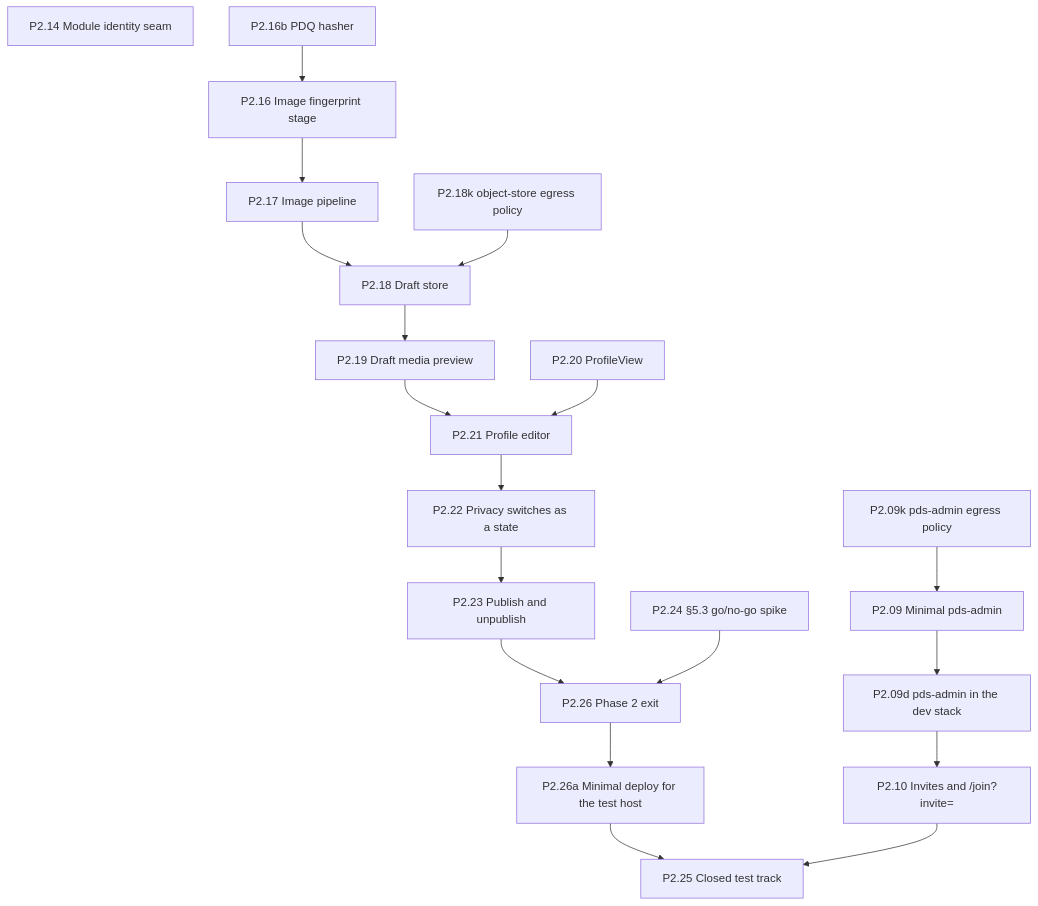
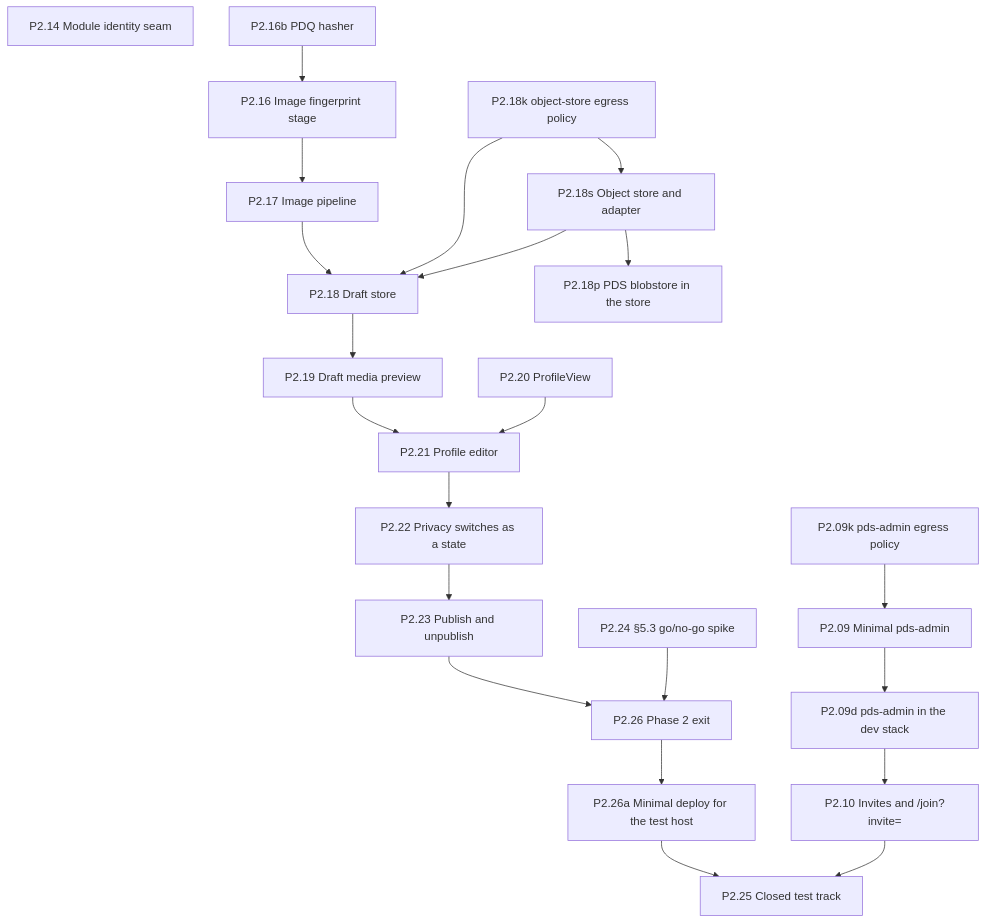
One commit to Undefined6799/unset changed the fifth of 11 diagrams in docs/ai/book/01-outline.md. Above: the diagram before and after it, drawn with Mermaid. The commit also changed other lines of this file and 4 other files, not shown here.

First line of the commit message:
P0.01 ADR 0041: Object store for app media and PDS blobs

````diff
--- a/docs/ai/book/01-outline.md
+++ b/docs/ai/book/01-outline.md
@@ -1582,39 +1584,44 @@
 ```mermaid
 flowchart TD
   P2_09["P2.09 Minimal pds-admin"]
   P2_09d["P2.09d pds-admin in the dev stack"]
   P2_09k["P2.09k pds-admin egress policy"]
   P2_10["P2.10 Invites and /join?invite="]
   P2_14["P2.14 Module identity seam"]
   P2_16b["P2.16b PDQ hasher"]
   P2_16["P2.16 Image fingerprint stage"]
   P2_17["P2.17 Image pipeline"]
   P2_18["P2.18 Draft store"]
   P2_18k["P2.18k object-store egress policy"]
+  P2_18s["P2.18s Object store and adapter"]
+  P2_18p["P2.18p PDS blobstore in the store"]
   P2_19["P2.19 Draft media preview"]
   P2_20["P2.20 ProfileView"]
   P2_21["P2.21 Profile editor"]
   P2_22["P2.22 Privacy switches as a state"]
   P2_23["P2.23 Publish and unpublish"]
   P2_24["P2.24 §5.3 go/no-go spike"]
   P2_26["P2.26 Phase 2 exit"]
   P2_26a["P2.26a Minimal deploy for the test host"]
   P2_25["P2.25 Closed test track"]
   P2_16b --> P2_16
   P2_16 --> P2_17
   P2_17 --> P2_18
   P2_18 --> P2_19
   P2_19 --> P2_21
   P2_20 --> P2_21
   P2_21 --> P2_22
   P2_22 --> P2_23
   P2_23 --> P2_26
   P2_24 --> P2_26
   P2_26 --> P2_26a
   P2_26a --> P2_25
   P2_10 --> P2_25
   P2_18k --> P2_18
+  P2_18k --> P2_18s
+  P2_18s --> P2_18
+  P2_18s --> P2_18p
   P2_09k --> P2_09
   P2_09 --> P2_09d
   P2_09d --> P2_10
 ```
````
